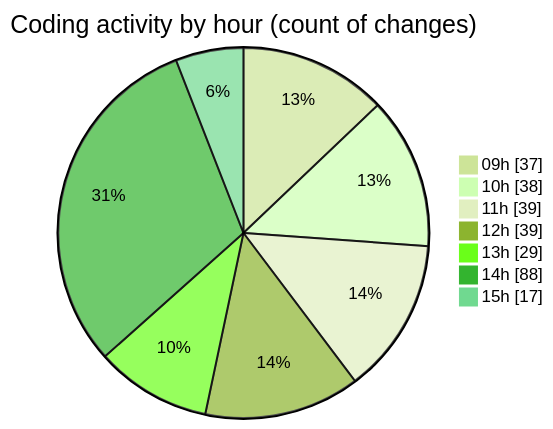
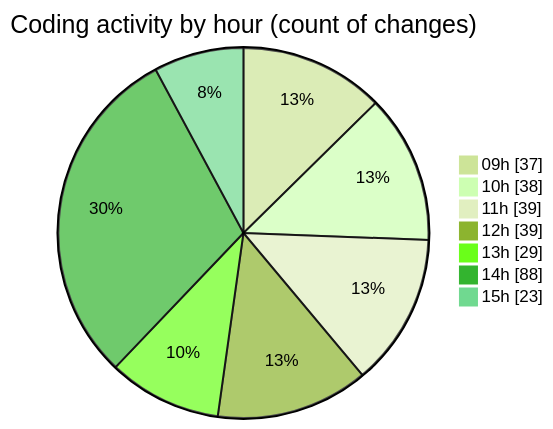
Before and after one commit to momahboobian/code-tracking: the second of 2 diagrams in 2025-02-12/cda/README.md, drawn with Mermaid (forest theme). The commit also changed other lines of this file and 1 other file, not shown here.

````diff
--- a/2025-02-12/cda/README.md
+++ b/2025-02-12/cda/README.md
@@ -45,11 +46,11 @@
 ```mermaid
 pie showData
 title Coding activity by hour (count of changes)
 "09h" : 37
 "10h" : 38
 "11h" : 39
 "12h" : 39
 "13h" : 29
 "14h" : 88
-"15h" : 17
+"15h" : 23
 ```
````
